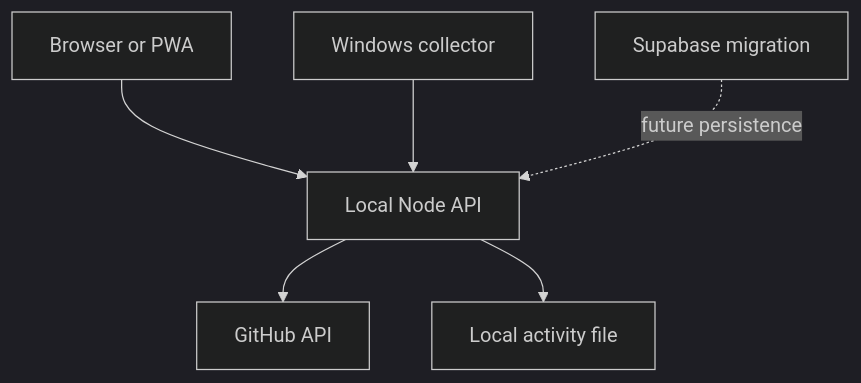
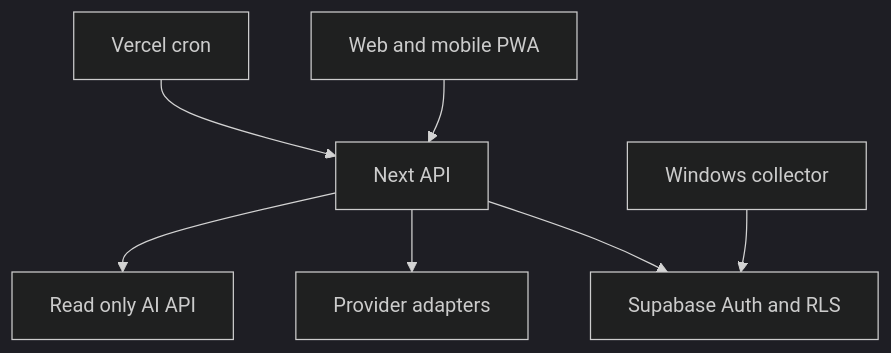
The diagram in README.md (aachaman52/DashBoard-), drawn with Mermaid (dark theme) before and after one commit. The commit also changed other lines of this file and 28 other files, not shown here.

````diff
--- a/README.md
+++ b/README.md
@@ -20,8 +42,9 @@
 ```mermaid
 flowchart TD
-  A[Browser or PWA] --> B[Local Node API]
-  C[Windows collector] --> B
-  B --> D[GitHub API]
-  B --> E[Local activity file]
-  F[Supabase migration] -. future persistence .-> B
+  A[Web and mobile PWA] --> B[Next API]
+  B --> C[Supabase Auth and RLS]
+  B --> D[Provider adapters]
+  E[Windows collector] --> C
+  F[Vercel cron] --> B
+  B --> G[Read only AI API]
 ```
````
